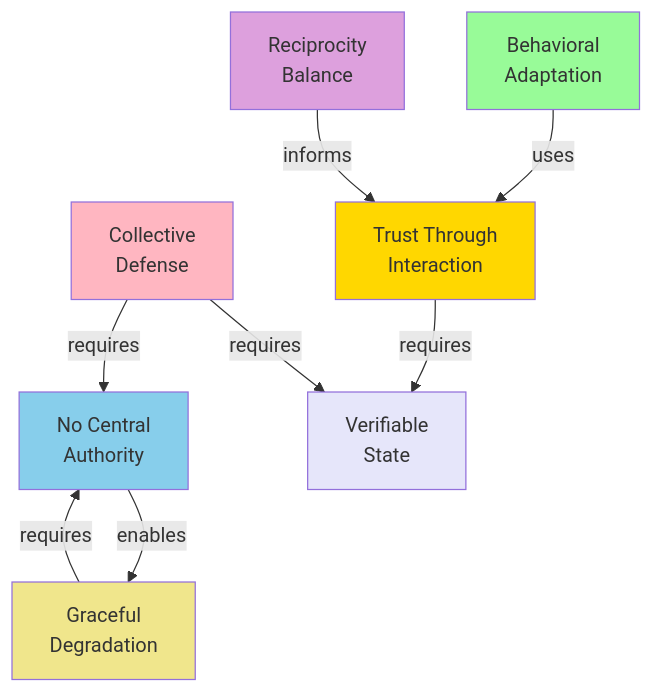
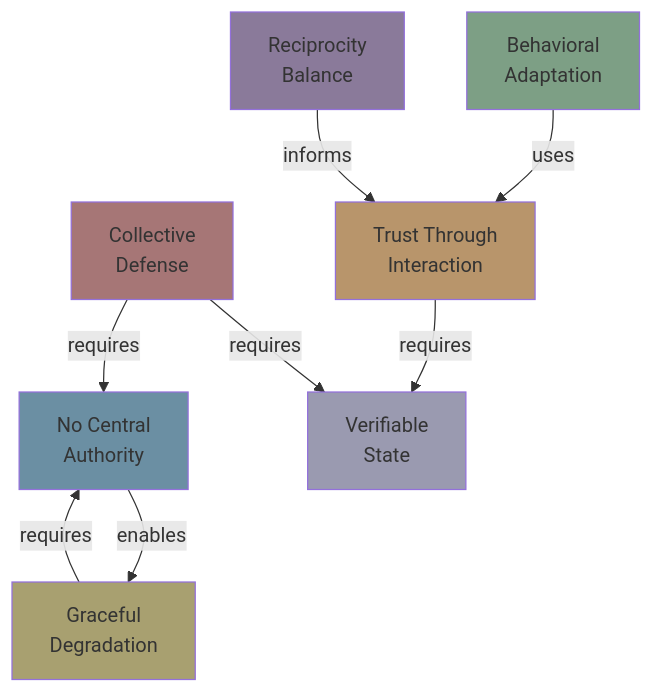
One commit to ScopeCreep-zip/Symbiont changed the tenth of 10 diagrams in docs/concepts/core-principles.md. Above: the diagram before and after it, drawn with Mermaid. The commit also changed other lines of this file and 17 other files, not shown here.

Commit message:
update to diagram colors

````diff
--- a/docs/concepts/core-principles.md
+++ b/docs/concepts/core-principles.md
@@ -429,26 +429,26 @@
 ```mermaid
 graph TB
     P1[Trust Through<br/>Interaction]
     P2[No Central<br/>Authority]
     P3[Behavioral<br/>Adaptation]
     P4[Reciprocity<br/>Balance]
     P5[Collective<br/>Defense]
     P6[Graceful<br/>Degradation]
     P7[Verifiable<br/>State]
 
     P1 -->|requires| P7
     P2 -->|enables| P6
     P3 -->|uses| P1
     P4 -->|informs| P1
     P5 -->|requires| P2
     P5 -->|requires| P7
     P6 -->|requires| P2
 
-    style P1 fill:#FFD700
-    style P2 fill:#87CEEB
-    style P3 fill:#98FB98
-    style P4 fill:#DDA0DD
-    style P5 fill:#FFB6C1
-    style P6 fill:#F0E68C
-    style P7 fill:#E6E6FA
+    style P1 fill:#b8956b
+    style P2 fill:#6b8fa3
+    style P3 fill:#7d9f85
+    style P4 fill:#8a7a9a
+    style P5 fill:#a67676
+    style P6 fill:#a8a070
+    style P7 fill:#9a9ab0
 ```
````
